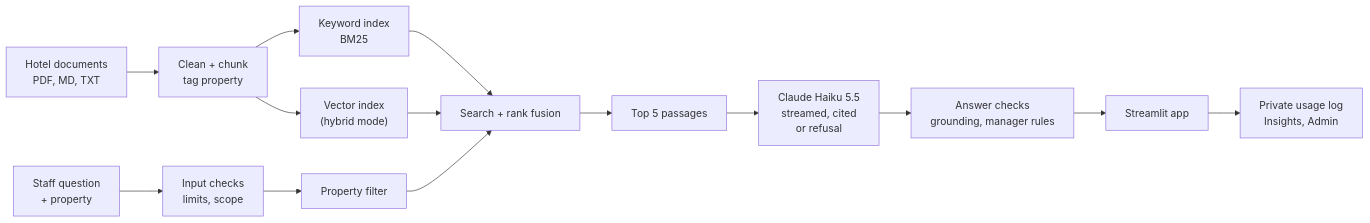
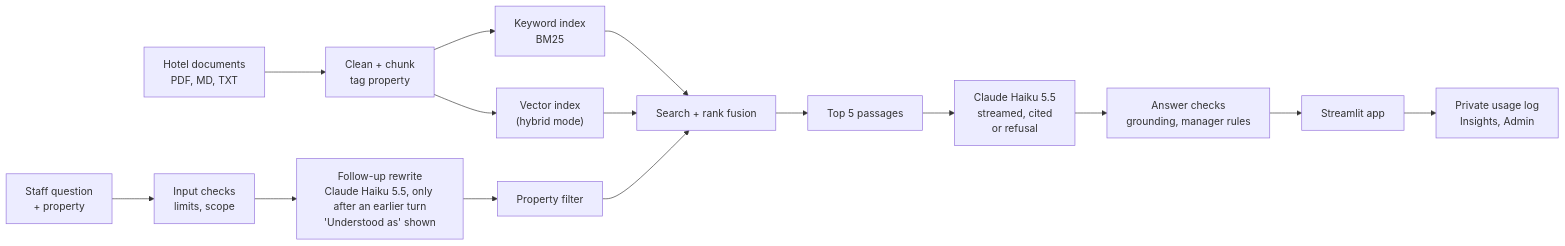
The first of 2 diagrams in README.md (vamsialladev/hotel-ops-assistant), drawn with Mermaid before and after one commit. The commit also changed other lines of this file and 3 other files, not shown here.

Commit message:
feat(app): sidebar links to the demo video, GitHub and the portfolio; diagrams show the follow-up rewrite

````diff
--- a/README.md
+++ b/README.md
@@ -105,14 +105,15 @@
 ```mermaid
 flowchart LR
     A["Hotel documents<br/>PDF, MD, TXT"] --> B["Clean + chunk<br/>tag property"]
     B --> C["Keyword index<br/>BM25"]
     B --> D["Vector index<br/>(hybrid mode)"]
     Q["Staff question<br/>+ property"] --> V["Input checks<br/>limits, scope"]
-    V --> F["Property filter"]
+    V --> R["Follow-up rewrite<br/>Claude Haiku 5.5, only after an earlier turn<br/>'Understood as' shown"]
+    R --> F["Property filter"]
     C --> H["Search + rank fusion"]
     D --> H
     F --> H
     H --> I["Top 5 passages"] --> J["Claude Haiku 5.5<br/>streamed, cited<br/>or refusal"]
     J --> K["Answer checks<br/>grounding, manager rules"] --> L["Streamlit app"]
     L --> M["Private usage log<br/>Insights, Admin"]
 ```
````
